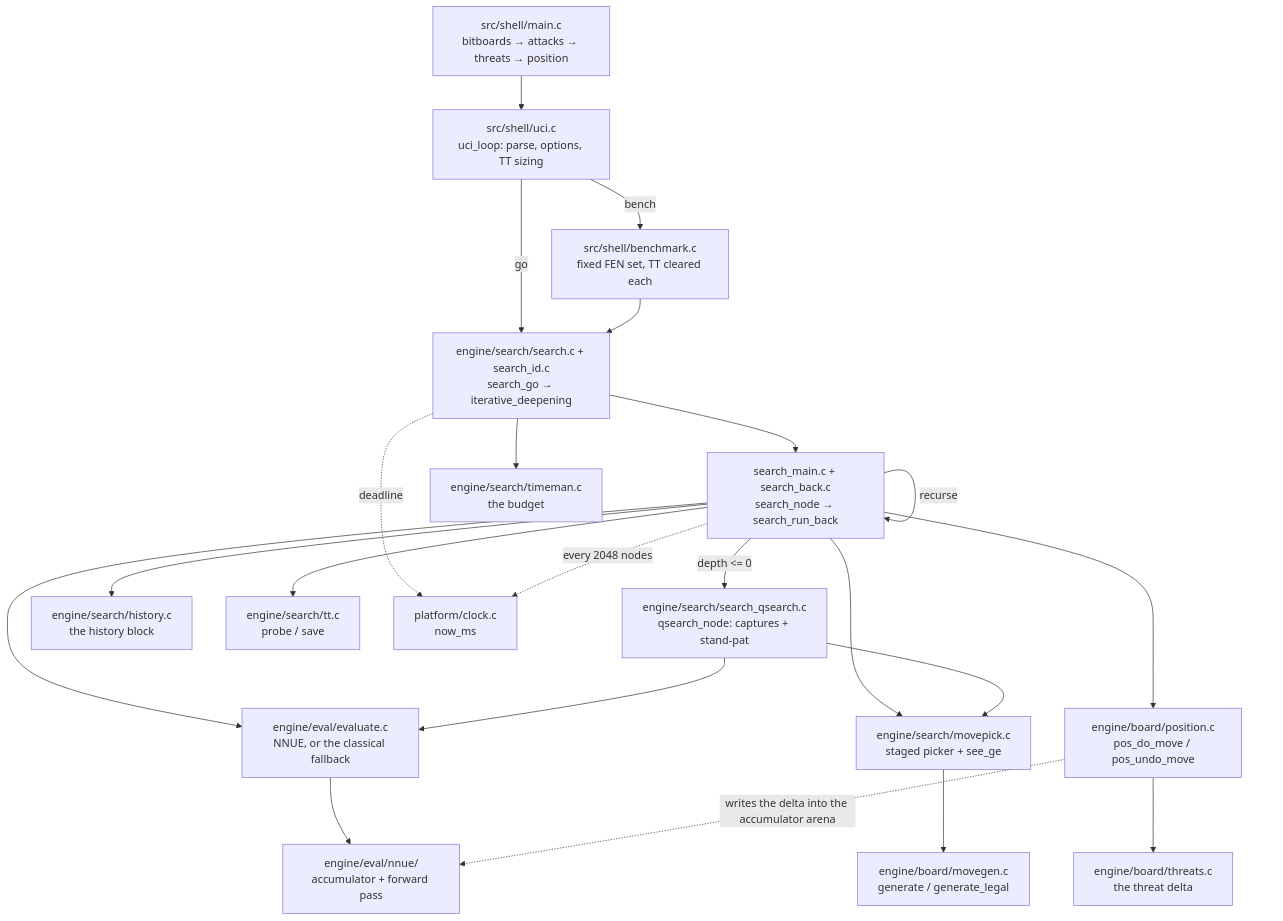
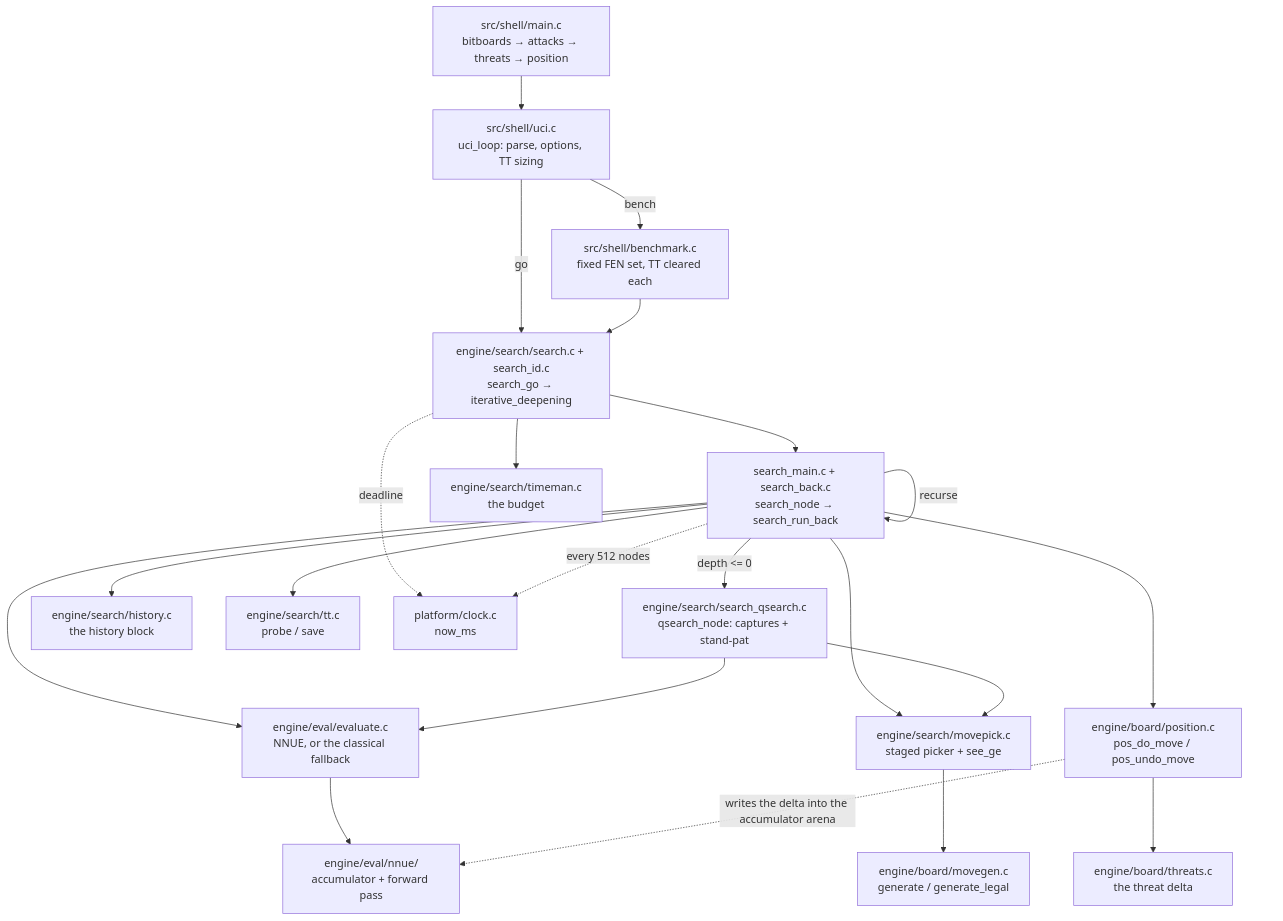
Before and after one commit to ppigazzini/mcfish: the second of 2 diagrams in docs/00-architecture.md, drawn with Mermaid. The commit also changed other lines of this file and 11 other files, not shown here.

````diff
--- a/docs/00-architecture.md
+++ b/docs/00-architecture.md
@@ -214,39 +217,39 @@
 ```mermaid
 flowchart TD
     M["src/shell/main.c<br/>bitboards → attacks → threats → position"]
     U["src/shell/uci.c<br/>uci_loop: parse, options, TT sizing"]
     B["src/shell/benchmark.c<br/>fixed FEN set, TT cleared each"]
     SG["engine/search/search.c + search_id.c<br/>search_go → iterative_deepening"]
     AB["search_main.c + search_back.c<br/>search_node → search_run_back"]
     QS["engine/search/search_qsearch.c<br/>qsearch_node: captures + stand-pat"]
     MP["engine/search/movepick.c<br/>staged picker + see_ge"]
     HI["engine/search/history.c<br/>the history block"]
     TM["engine/search/timeman.c<br/>the budget"]
     MG["engine/board/movegen.c<br/>generate / generate_legal"]
     PO["engine/board/position.c<br/>pos_do_move / pos_undo_move"]
     TH["engine/board/threats.c<br/>the threat delta"]
     TT["engine/search/tt.c<br/>probe / save"]
     EV["engine/eval/evaluate.c<br/>NNUE, or the classical fallback"]
     NN["engine/eval/nnue/<br/>accumulator + forward pass"]
     CL["platform/clock.c<br/>now_ms"]
 
     M --> U
     U -->|"go"| SG
     U -->|"bench"| B --> SG
     SG --> TM
     SG --> AB
     AB -->|"depth <= 0"| QS
     AB -->|"recurse"| AB
     AB --> MP
     AB --> HI
     AB --> PO --> TH
     AB --> TT
     AB --> EV
     QS --> EV
     QS --> MP
     MP --> MG
     EV --> NN
     PO -.->|"writes the delta into the accumulator arena"| NN
     SG -.->|"deadline"| CL
-    AB -.->|"every 2048 nodes"| CL
+    AB -.->|"every 512 nodes"| CL
 ```
````
